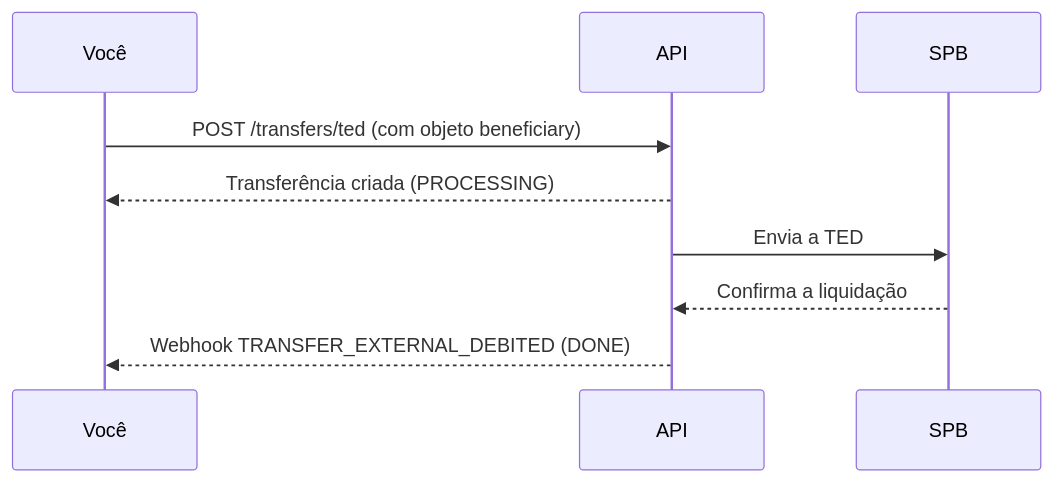
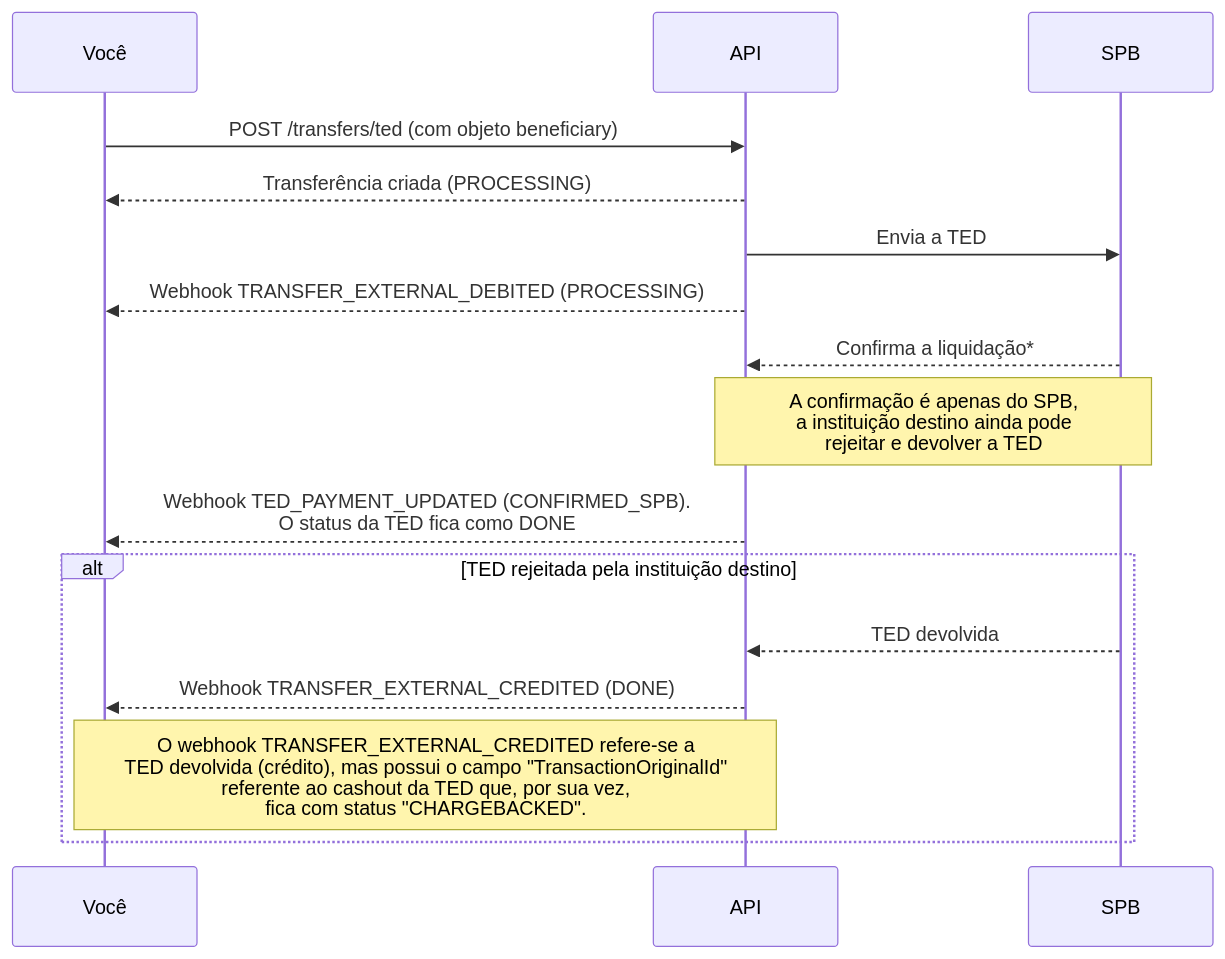
Before and after one commit to tech-andrade/docs: the diagram in guias/ted/pagar-ted/visao-geral.mdx, drawn with Mermaid. The commit also changed other lines of this file, not shown here.

Commit message:
fix: ted cashout webhook flow docs.

````diff
--- a/guias/ted/pagar-ted/visao-geral.mdx
+++ b/guias/ted/pagar-ted/visao-geral.mdx
@@ -27,12 +27,19 @@
 ```mermaid
 sequenceDiagram
     participant Você
     participant API
     participant SPB
 
     Você->>API: POST /transfers/ted (com objeto beneficiary)
     API-->>Você: Transferência criada (PROCESSING)
     API->>SPB: Envia a TED
-    SPB-->>API: Confirma a liquidação
-    API-->>Você: Webhook TRANSFER_EXTERNAL_DEBITED (DONE)
+    API-->>Você: Webhook TRANSFER_EXTERNAL_DEBITED (PROCESSING)
+    SPB-->>API: Confirma a liquidação*
+    note over SPB,API: A confirmação é apenas do SPB,<br>a instituição destino ainda pode<br>rejeitar e devolver a TED
+    API-->>Você: Webhook TED_PAYMENT_UPDATED (CONFIRMED_SPB).<br>O status da TED fica como DONE
+    alt TED rejeitada pela instituição destino
+    SPB-->>API: TED devolvida
+    API-->>Você: Webhook TRANSFER_EXTERNAL_CREDITED (DONE)
+    note over API,Você: O webhook TRANSFER_EXTERNAL_CREDITED refere-se a<br>TED devolvida (crédito), mas possui o campo "TransactionOriginalId"<br>referente ao cashout da TED que, por sua vez,<br>fica com status "CHARGEBACKED".
+    end
 ```
````
